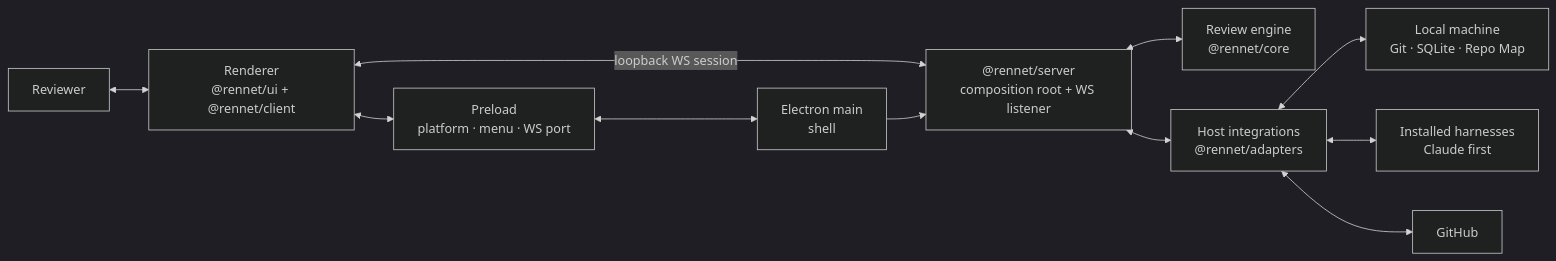
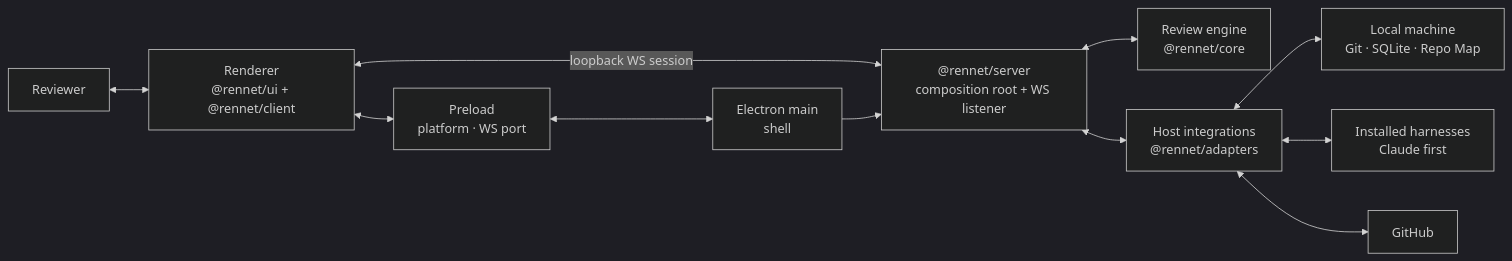
One commit to rbutera/Rennet changed the first of 7 diagrams in docs/src/content/docs/developing/concepts/architecture-overview.md. Above: the diagram before and after it, drawn with Mermaid (dark theme). The commit also changed 3 other files, not shown here.

First line of the commit message:
docs: application menu is static platform plumbing

````diff
--- a/docs/src/content/docs/developing/concepts/architecture-overview.md
+++ b/docs/src/content/docs/developing/concepts/architecture-overview.md
@@ -23,24 +23,24 @@
 ```mermaid
 flowchart LR
   user[Reviewer]
   ui["Renderer<br/>@rennet/ui + @rennet/client"]
-  preload["Preload<br/>platform · menu · WS port"]
+  preload["Preload<br/>platform · WS port"]
   main["Electron main<br/>shell"]
   server["@rennet/server<br/>composition root + WS listener"]
   core["Review engine<br/>@rennet/core"]
   adapters["Host integrations<br/>@rennet/adapters"]
   local["Local machine<br/>Git · SQLite · Repo Map"]
   harness["Installed harnesses<br/>Claude first"]
   github[GitHub]
 
   user <--> ui
   ui <-->|"loopback WS session"| server
   ui <--> preload
   preload <--> main
   main --> server
   server <--> core
   server <--> adapters
   adapters <--> local
   adapters <--> harness
   adapters <--> github
 ```
````
